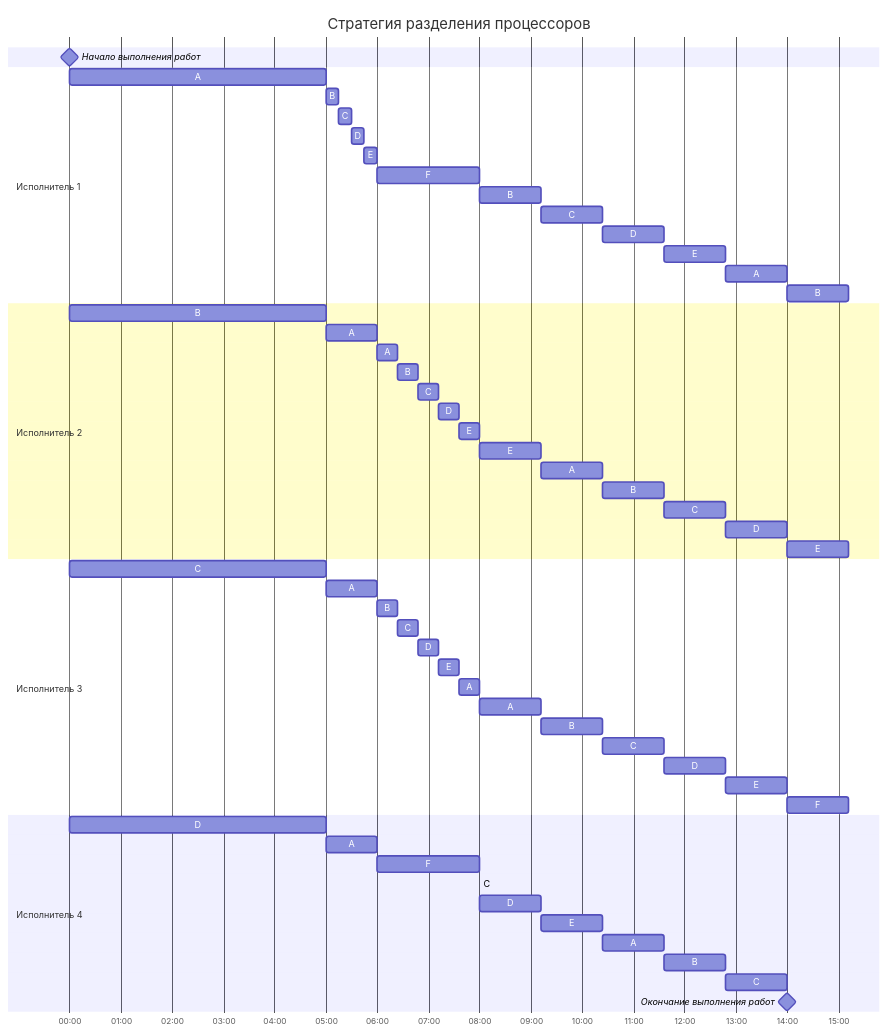
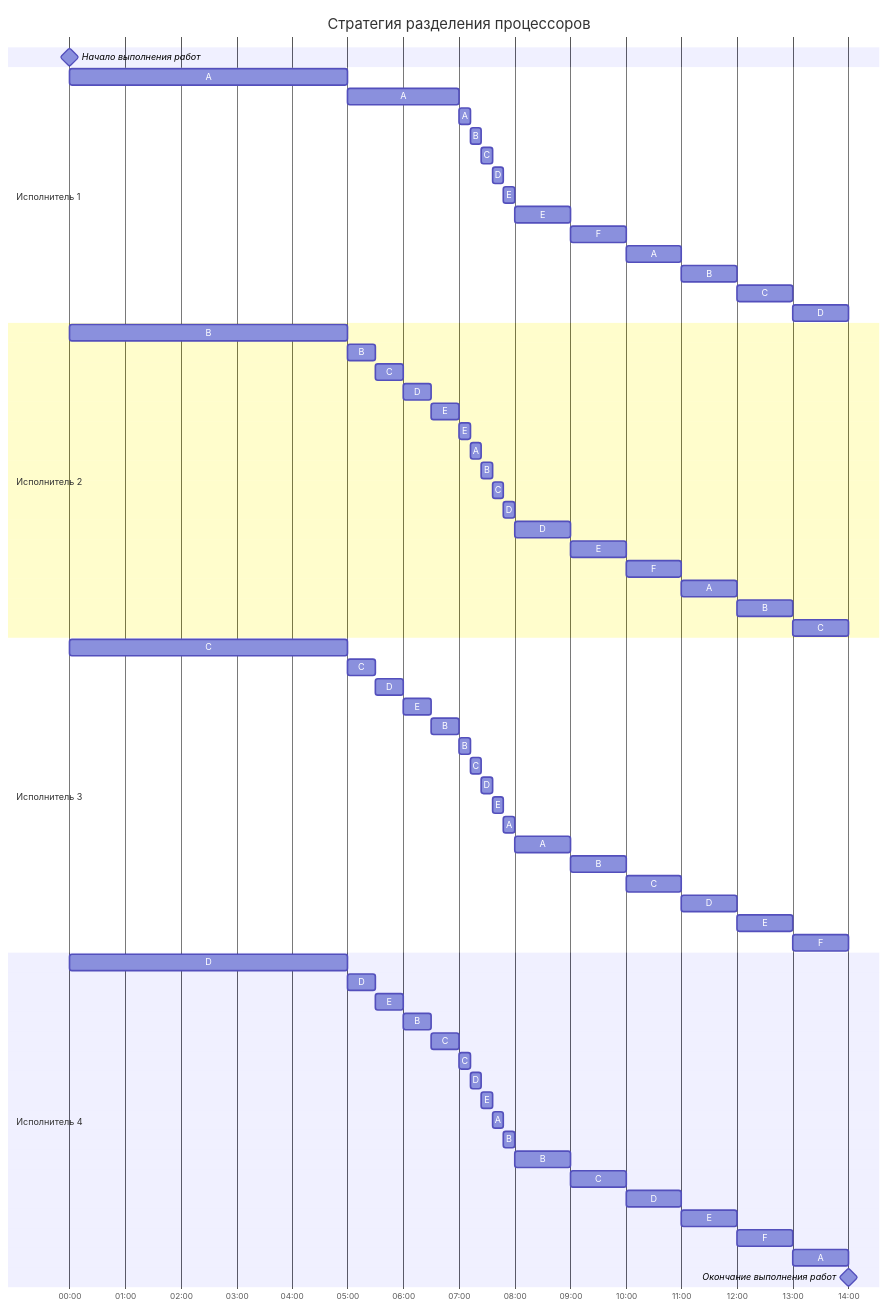
Before and after one commit to hse-algo-24-crow/manual-tasks-crow: the diagram in task-6/bubliki.md, drawn with Mermaid. The commit also changed other lines of this file, not shown here.

Commit message:
Исправлена ошибка в решении. Головина

````diff
--- a/task-6/bubliki.md
+++ b/task-6/bubliki.md
@@ -203,59 +203,73 @@
 ```mermaid
 gantt
     title Стратегия разделения процессоров
     dateFormat DD HH:mm    
     axisFormat %H:%M
     Начало выполнения работ : milestone, m1, 01 00:00, 0h
     section Исполнитель 1
     A         :a1, 01 00:00, 5h
-    B         :a2, after a1, 0.25h
-    C         :a3, after a2, 0.25h
-    D         :a4, after a3, 0.25h
-    E         :a5, after a4, 0.25h
-    F         :a6, after a5, 2h
-    B         :a7, after a6, 1.2h
-    C         :a8, after a7, 1.2h
-    D         :a9, after a8, 1.2h
-    E         :a10, after a9, 1.2h
-    A         :a11, after a10, 1.2h
-    B         :a12, after a11, 1.2h
+    A         :a2, after a1, 2h
+    A         :a3, after a2, 0.2h
+    B         :a4, after a3, 0.2h
+    C         :a5, after a4, 0.2h
+    D         :a6, after a5, 0.2h
+    E         :a7, after a6, 0.2h
+    E         :a8, after a7, 1h
+    F         :a9, after a8, 1h
+    A         :a10, after a9, 1h
+    B         :a11, after a10, 1h
+    C         :a12, after a11, 1h
+    D         :a13, after a12, 1h
     section Исполнитель 2
     B         :b1, 01 00:00, 5h
-    A         :b2, after b1, 1h
-    A         :b3, after b2, 0.4h
-    B         :b4, after b3, 0.4h
-    C         :b5, after b4, 0.4h
-    D         :b6, after b5, 0.4h
-    E         :b7, after b6, 0.4h
-    E         :b8, after b7, 1.2h
-    A         :b9, after b8, 1.2h
-    B         :b10, after b9, 1.2h
-    C         :b11, after b10, 1.2h
-    D         :b12, after b11, 1.2h
-    E         :b13, after b12, 1.2h
+    B         :b2, after b1, 0.5h
+    C         :b3, after b2, 0.5h
+    D         :b4, after b3, 0.5h
+    E         :b5, after b4, 0.5h
+    E         :b6, after b5, 0.2h
+    A         :b7, after b6, 0.2h
+    B         :b8, after b7, 0.2h
+    C         :b9, after b8, 0.2h
+    D         :b10, after b9, 0.2h
+    D         :b11, after b10, 1h
+    E         :b12, after b11, 1h
+    F         :b13, after b12, 1h
+    A         :b14, after b13, 1h
+    B         :b15, after b14, 1h
+    C         :b16, after b15, 1h
     section Исполнитель 3
     C         :c1, 01 00:00, 5h
-    A         :c2, after c1, 1h
-    B         :c3, after c2, 0.4h
-    C         :c4, after c3, 0.4h
-    D         :c5, after c4, 0.4h
-    E         :c6, after c5, 0.4h
-    A         :c7, after c6, 0.4h
-    A         :c8, after c7, 1.2h
-    B         :c9, after c8, 1.2h
-    C         :c10, after c9, 1.2h
-    D         :c11, after c10, 1.2h
-    E         :c12, after c11, 1.2h
-    F         :c13, after c12, 1.2h
+    C         :c2, after c1, 0.5h
+    D         :c3, after c2, 0.5h
+    E         :c4, after c3, 0.5h
+    B         :c5, after c4, 0.5h
+    B         :c6, after c5, 0.2h
+    C         :c7, after c6, 0.2h
+    D         :c8, after c7, 0.2h
+    E         :c9, after c8, 0.2h
+    A         :c10, after c9, 0.2h
+    A         :c11, after c10, 1h
+    B         :c12, after c11, 1h
+    C         :c13, after c12, 1h
+    D         :c14, after c13, 1h
+    E         :c15, after c14, 1h
+    F         :c16, after c15, 1h
     section Исполнитель 4
     D         :d1, 01 00:00, 5h
-    A         :d2, after d1, 1h    
-    F         :d3, after d2, 2h
-    C         :d4, after d3, 1/2h
-    D         :d5, after d4, 1.2h
-    E         :d6, after d5, 1.2h
-    A         :d7, after d6, 1.2h
-    B         :d8, after d7, 1.2h
-    C         :d9, after d8, 1.2h
+    D         :d2, after d1, 0.5h    
+    E         :d3, after d2, 0.5h
+    B         :d4, after d3, 0.5h
+    C         :d5, after d4, 0.5h
+    C         :d6, after d5, 0.2h
+    D         :d7, after d6, 0.2h
+    E         :d8, after d7, 0.2h
+    A         :d9, after d8, 0.2h
+    B         :d10, after d9, 0.2h    
+    B         :d11, after d10, 1h
+    C         :d12, after d11, 1h
+    D         :d13, after d12, 1h
+    E         :d14, after d13, 1h
+    F         :d15, after d14, 1h
+    A         :d16, after d15, 1h
     Окончание выполнения работ : milestone, m2, 01 14:00, 0h
 ```
````
